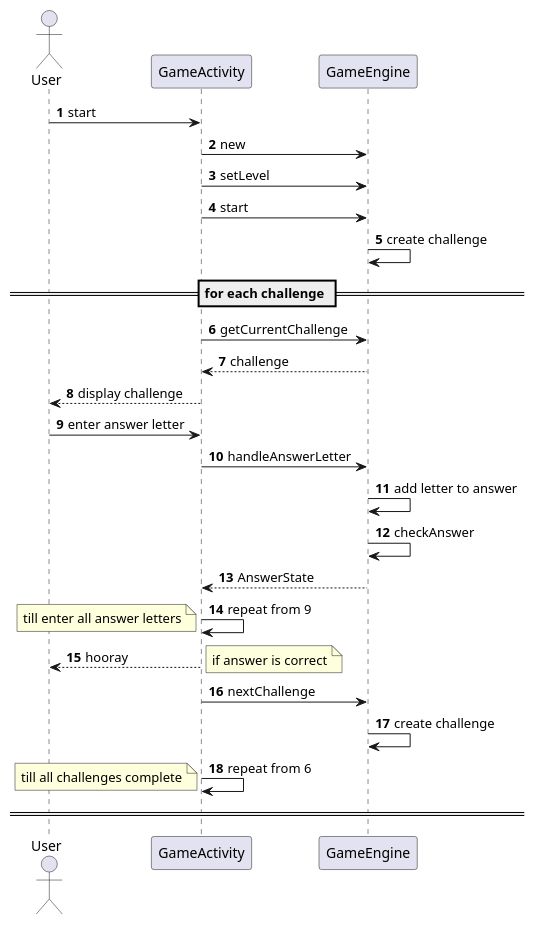
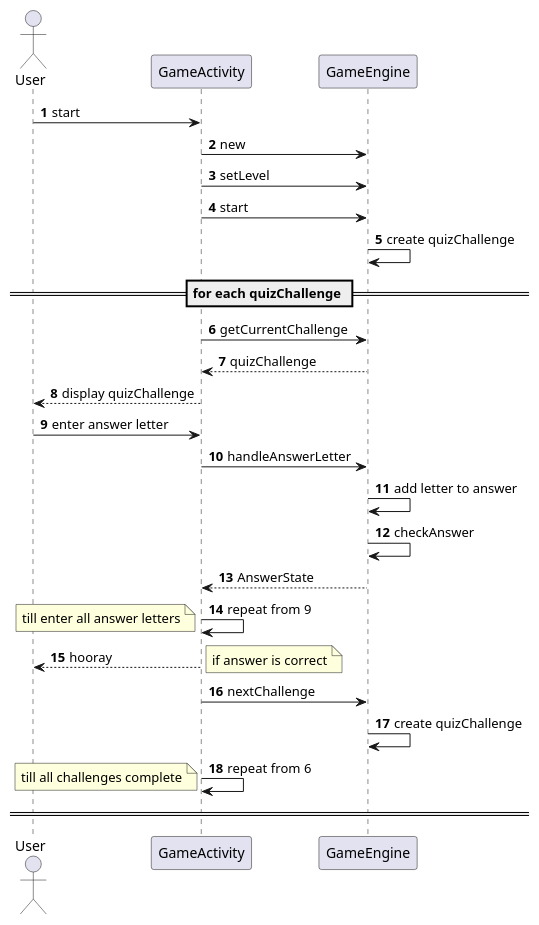
The diagram in app/src/main/java/com/kidscademy/quiz/instruments/model/GameEngineSequence.puml (shamby87/quiz.instruments), drawn with PlantUML before and after one commit. The commit also changed 48 other files, not shown here.

```diff
--- a/app/src/main/java/com/kidscademy/quiz/instruments/model/GameEngineSequence.puml
+++ b/app/src/main/java/com/kidscademy/quiz/instruments/model/GameEngineSequence.puml
@@ -1,38 +1,38 @@
 @startuml
 autonumber
 
 actor User
 participant GameActivity
 participant GameEngine
 
 User -> GameActivity: start
 
 GameActivity -> GameEngine: new
 GameActivity -> GameEngine: setLevel
 GameActivity -> GameEngine: start
-GameEngine -> GameEngine: create challenge
+GameEngine -> GameEngine: create quizChallenge
 
-== for each challenge ==
+== for each quizChallenge ==
 GameActivity -> GameEngine: getCurrentChallenge
-GameEngine --> GameActivity: challenge
+GameEngine --> GameActivity: quizChallenge
 
-GameActivity --> User: display challenge
+GameActivity --> User: display quizChallenge
 
 User -> GameActivity: enter answer letter
 GameActivity -> GameEngine: handleAnswerLetter
 GameEngine -> GameEngine: add letter to answer
 GameEngine -> GameEngine: checkAnswer
 GameEngine --> GameActivity: AnswerState
 GameActivity -> GameActivity: repeat from 9
 note left: till enter all answer letters
 
 GameActivity --> User: hooray
 note right: if answer is correct
 
 GameActivity -> GameEngine: nextChallenge
-GameEngine -> GameEngine: create challenge
+GameEngine -> GameEngine: create quizChallenge
 GameActivity -> GameActivity: repeat from 6
 note left: till all challenges complete
 == ==
 
 @enduml
```
